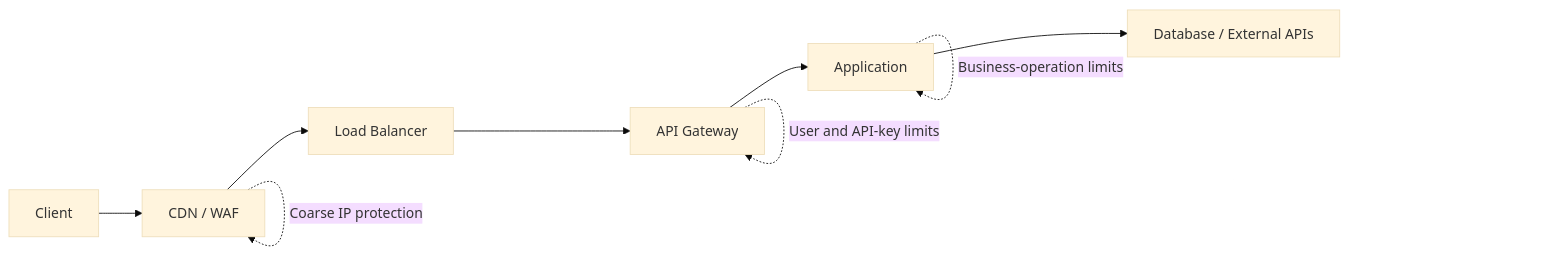
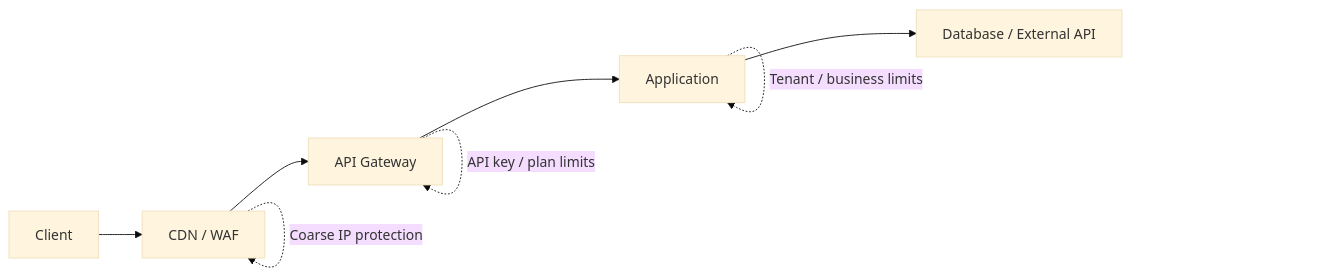
The first of 4 diagrams in src/content/api-design/rate-limiting.md (AvadhBhalodiya/Interview-Preparation), drawn with Mermaid (base theme) before and after one commit. The commit also changed other lines of this file and 54 other files, not shown here.

````diff
--- a/src/content/api-design/rate-limiting.md
+++ b/src/content/api-design/rate-limiting.md
@@ -24,12 +26,11 @@
 ```mermaid
 flowchart LR
     A[Client] --> B[CDN / WAF]
-    B --> C[Load Balancer]
-    C --> D[API Gateway]
-    D --> E[Application]
-    E --> F[Database / External APIs]
+    B --> C[API Gateway]
+    C --> D[Application]
+    D --> E[Database / External API]
 
     B -. Coarse IP protection .-> B
-    D -. User and API-key limits .-> D
-    E -. Business-operation limits .-> E
+    C -. API key / plan limits .-> C
+    D -. Tenant / business limits .-> D
 ```
````
